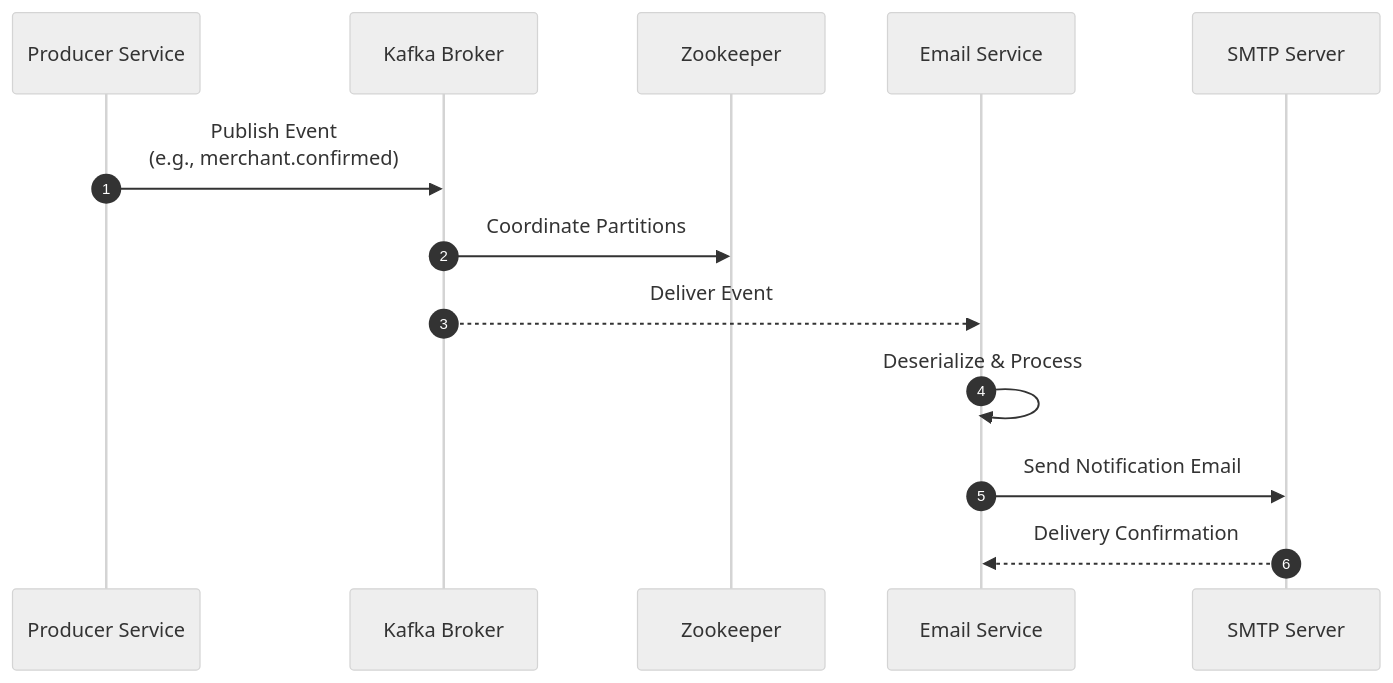
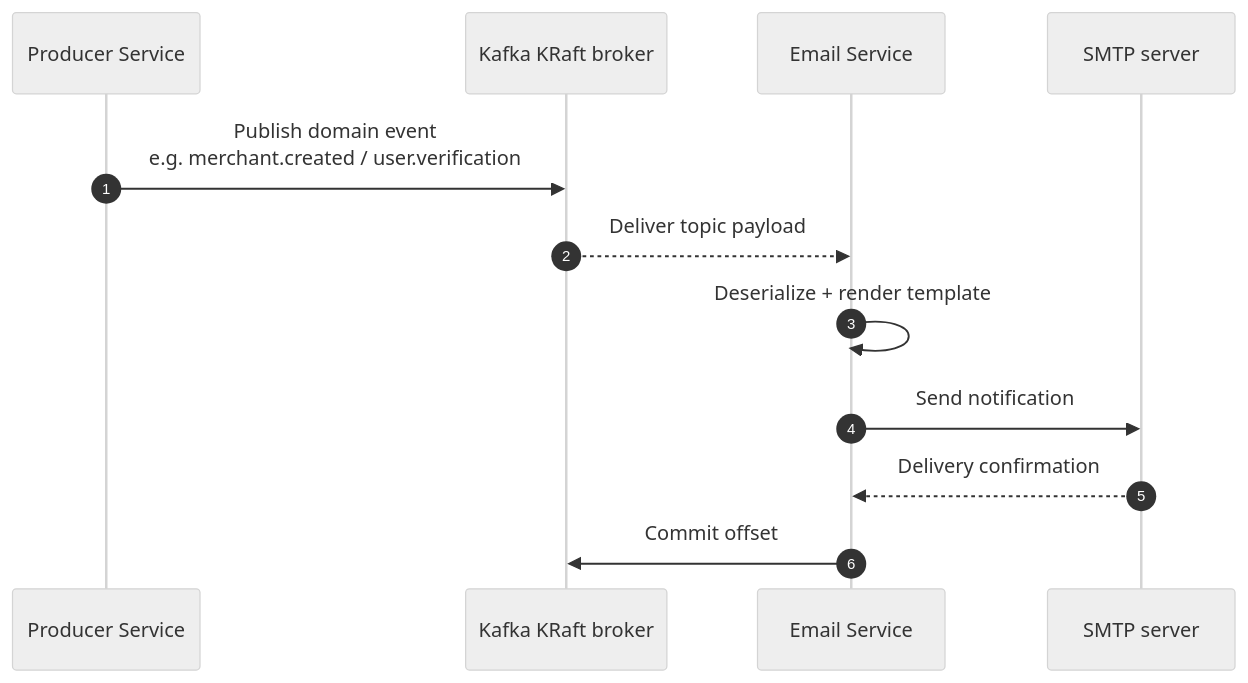
One commit to MamangRust/microservice-ecommerce-gorm changed the ninth of 14 diagrams in README.md. Above: the diagram before and after it, drawn with Mermaid (neutral theme). The commit also changed other lines of this file and 1098 other files, not shown here.

````diff
--- a/README.md
+++ b/README.md
@@ -313,16 +719,15 @@
 ```mermaid
 sequenceDiagram
     autonumber
     participant SVC as Producer Service
-    participant K as Kafka Broker
-    participant ZK as Zookeeper
+    participant K as Kafka KRaft broker
     participant EMAIL as Email Service
-    participant SMTP as SMTP Server
+    participant SMTP as SMTP server
 
-    SVC->>K: Publish Event<br/>(e.g., merchant.confirmed)
-    K->>ZK: Coordinate Partitions
-    K-->>EMAIL: Deliver Event
-    EMAIL->>EMAIL: Deserialize & Process
-    EMAIL->>SMTP: Send Notification Email
-    SMTP-->>EMAIL: Delivery Confirmation
+    SVC->>K: Publish domain event<br/>e.g. merchant.created / user.verification
+    K-->>EMAIL: Deliver topic payload
+    EMAIL->>EMAIL: Deserialize + render template
+    EMAIL->>SMTP: Send notification
+    SMTP-->>EMAIL: Delivery confirmation
+    EMAIL->>K: Commit offset
 ```
````
